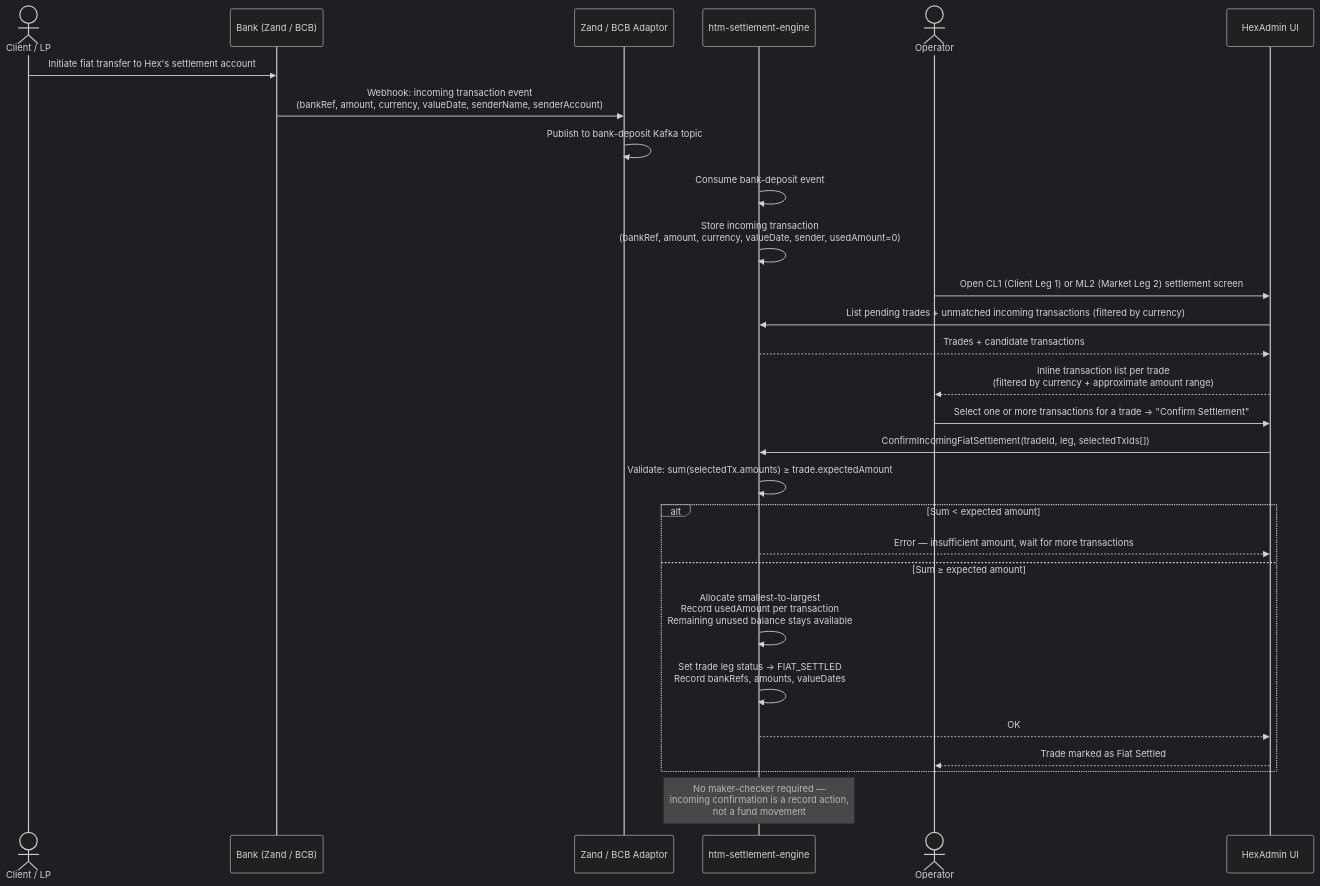
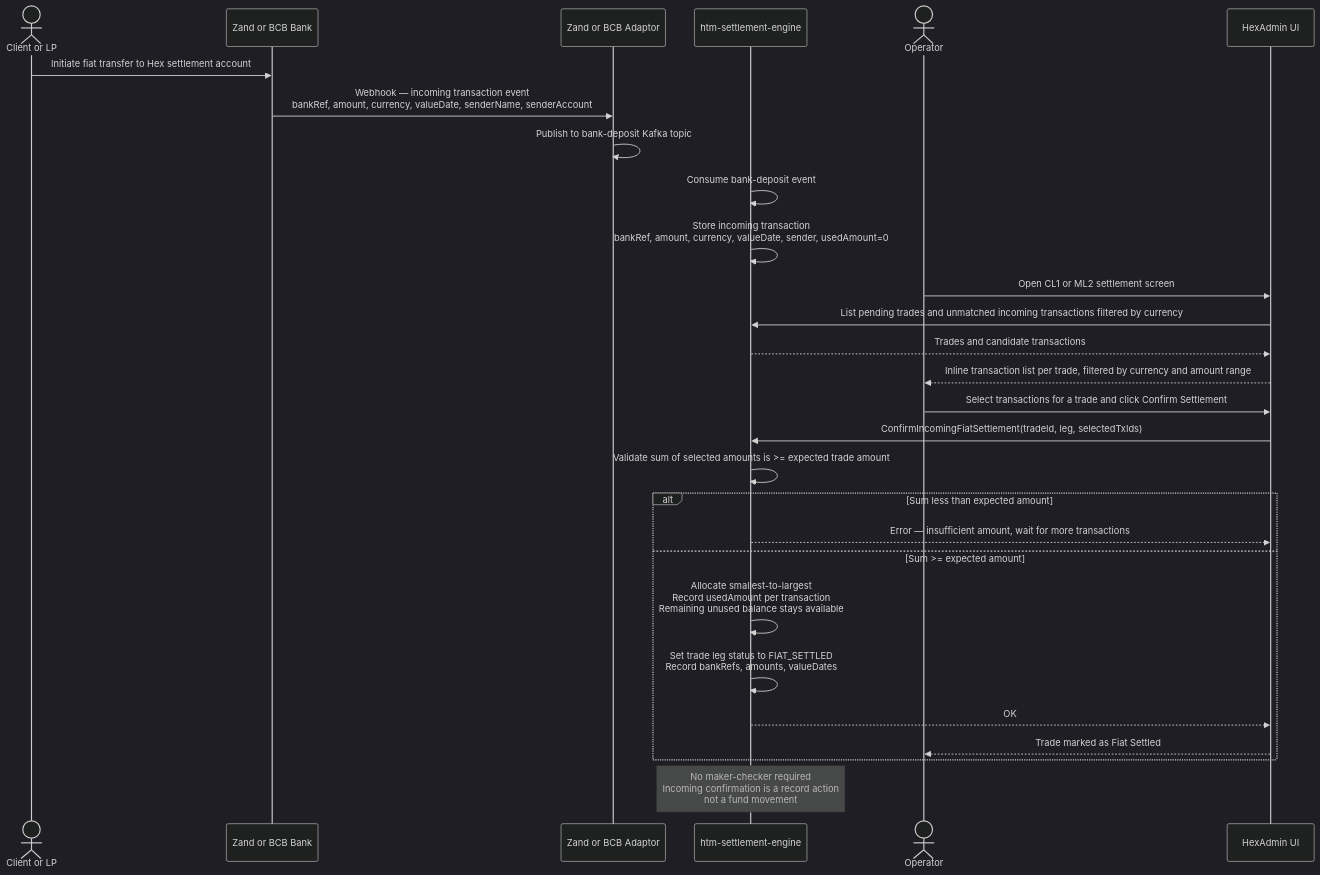
One commit to hextrust-rock-zeng/products_doc changed the second of 2 diagrams in docs/superpowers/specs/2026-05-15-fiat-transfer-initiation-tech-design.md. Above: the diagram before and after it, drawn with Mermaid (dark theme). The commit also changed other lines of this file, not shown here.

First line of the commit message:
Fix Mermaid parse errors in tech design sequence diagrams

````diff
--- a/docs/superpowers/specs/2026-05-15-fiat-transfer-initiation-tech-design.md
+++ b/docs/superpowers/specs/2026-05-15-fiat-transfer-initiation-tech-design.md
@@ -173,38 +173,38 @@
 ```mermaid
 sequenceDiagram
-    actor Client as Client / LP
-    participant Bank as Bank (Zand / BCB)
-    participant Adaptor as Zand / BCB Adaptor
+    actor Client as Client or LP
+    participant Bank as Zand or BCB Bank
+    participant Adaptor as Zand or BCB Adaptor
     participant SE as htm-settlement-engine
     actor Operator as Operator
     participant UI as HexAdmin UI
 
-    Client->>Bank: Initiate fiat transfer to Hex's settlement account
+    Client->>Bank: Initiate fiat transfer to Hex settlement account
 
-    Bank->>Adaptor: Webhook: incoming transaction event<br/>(bankRef, amount, currency, valueDate, senderName, senderAccount)
+    Bank->>Adaptor: Webhook — incoming transaction event<br/>bankRef, amount, currency, valueDate, senderName, senderAccount
     Adaptor->>Adaptor: Publish to bank-deposit Kafka topic
 
     SE->>SE: Consume bank-deposit event
-    SE->>SE: Store incoming transaction<br/>(bankRef, amount, currency, valueDate, sender, usedAmount=0)
+    SE->>SE: Store incoming transaction<br/>bankRef, amount, currency, valueDate, sender, usedAmount=0
 
-    Operator->>UI: Open CL1 (Client Leg 1) or ML2 (Market Leg 2) settlement screen
-    UI->>SE: List pending trades + unmatched incoming transactions (filtered by currency)
-    SE-->>UI: Trades + candidate transactions
+    Operator->>UI: Open CL1 or ML2 settlement screen
+    UI->>SE: List pending trades and unmatched incoming transactions filtered by currency
+    SE-->>UI: Trades and candidate transactions
 
-    UI-->>Operator: Inline transaction list per trade<br/>(filtered by currency + approximate amount range)
+    UI-->>Operator: Inline transaction list per trade, filtered by currency and amount range
 
-    Operator->>UI: Select one or more transactions for a trade → "Confirm Settlement"
-    UI->>SE: ConfirmIncomingFiatSettlement(tradeId, leg, selectedTxIds[])
+    Operator->>UI: Select transactions for a trade and click Confirm Settlement
+    UI->>SE: ConfirmIncomingFiatSettlement(tradeId, leg, selectedTxIds)
 
-    SE->>SE: Validate: sum(selectedTx.amounts) ≥ trade.expectedAmount
-    alt Sum < expected amount
+    SE->>SE: Validate sum of selected amounts is >= expected trade amount
+    alt Sum less than expected amount
         SE-->>UI: Error — insufficient amount, wait for more transactions
-    else Sum ≥ expected amount
+    else Sum >= expected amount
         SE->>SE: Allocate smallest-to-largest<br/>Record usedAmount per transaction<br/>Remaining unused balance stays available
-        SE->>SE: Set trade leg status → FIAT_SETTLED<br/>Record bankRefs, amounts, valueDates
+        SE->>SE: Set trade leg status to FIAT_SETTLED<br/>Record bankRefs, amounts, valueDates
         SE-->>UI: OK
         UI-->>Operator: Trade marked as Fiat Settled
     end
 
-    Note over SE: No maker-checker required —<br/>incoming confirmation is a record action,<br/>not a fund movement
+    Note over SE: No maker-checker required<br/>Incoming confirmation is a record action<br/>not a fund movement
 ```
````
